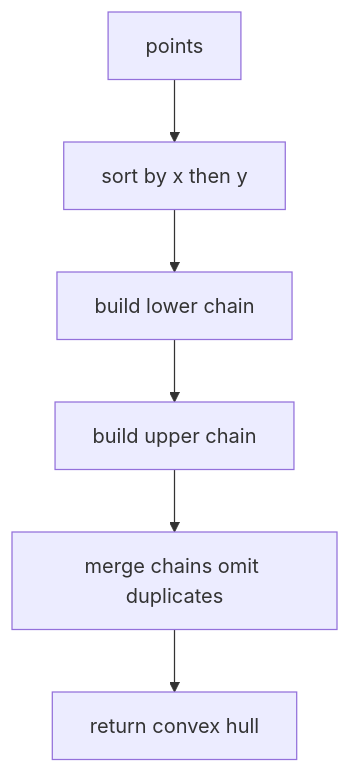
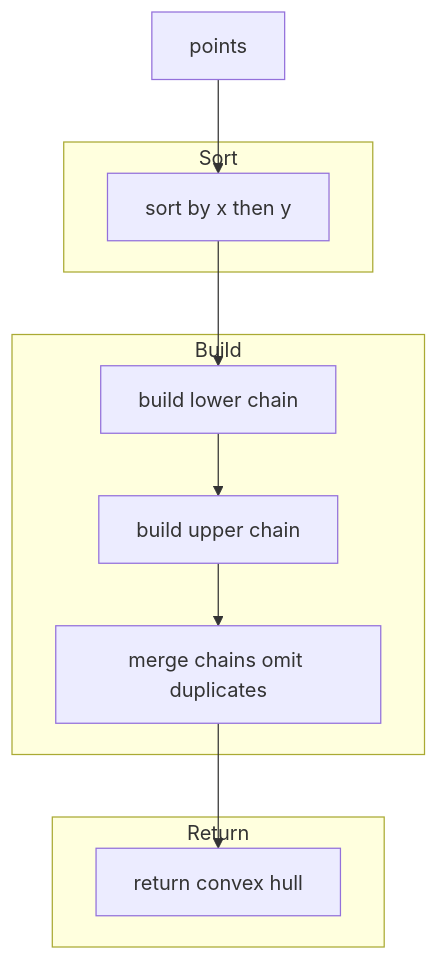
Before and after one commit to Gh0st352/AETHR: the second of 6 diagrams in docs/poly/hulls_densify_and_gaps.md, drawn with Mermaid. The commit also changed other lines of this file and 9 other files, not shown here.

First line of the commit message:
docs(poly): improve README headings and mermaid diagrams

````diff
--- a/docs/poly/hulls_densify_and_gaps.md
+++ b/docs/poly/hulls_densify_and_gaps.md
@@ -41,8 +68,25 @@
 ```mermaid
+%% shared theme: docs/_mermaid/theme.json %%
 flowchart TD
   IN[points] --> SORT[sort by x then y]
   SORT --> LOWER[build lower chain]
   LOWER --> UPPER[build upper chain]
   UPPER --> MERGE[merge chains omit duplicates]
   MERGE --> OUT[return convex hull]
+
+  subgraph "Sort"
+    SORT
+  end
+  subgraph "Build"
+    LOWER
+    UPPER
+    MERGE
+  end
+  subgraph "Return"
+    OUT
+  end
+
+  class IN class_io;
+  class SORT,LOWER,UPPER,MERGE class_step;
+  class OUT class_result;
 ```
````
